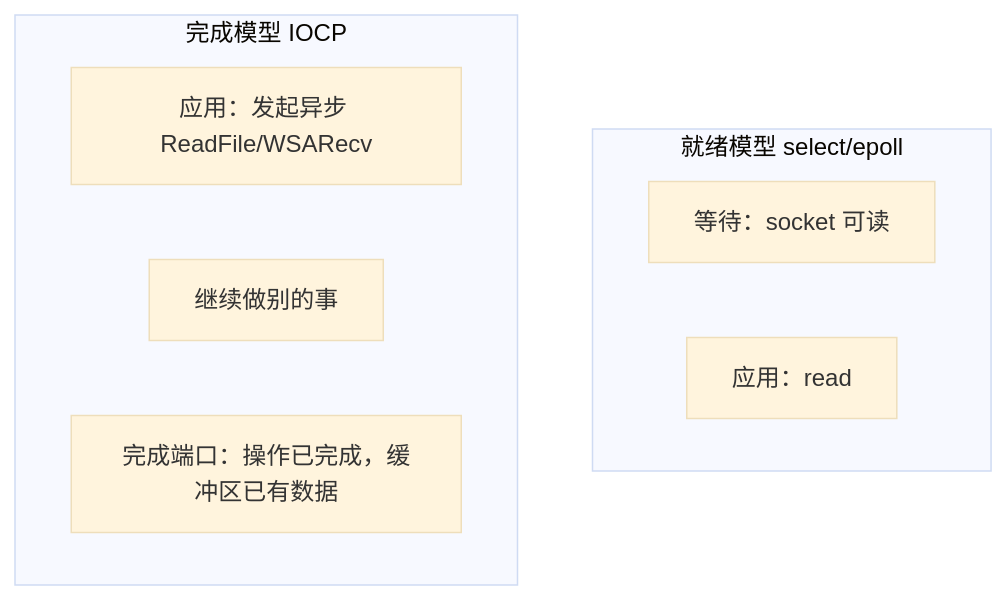
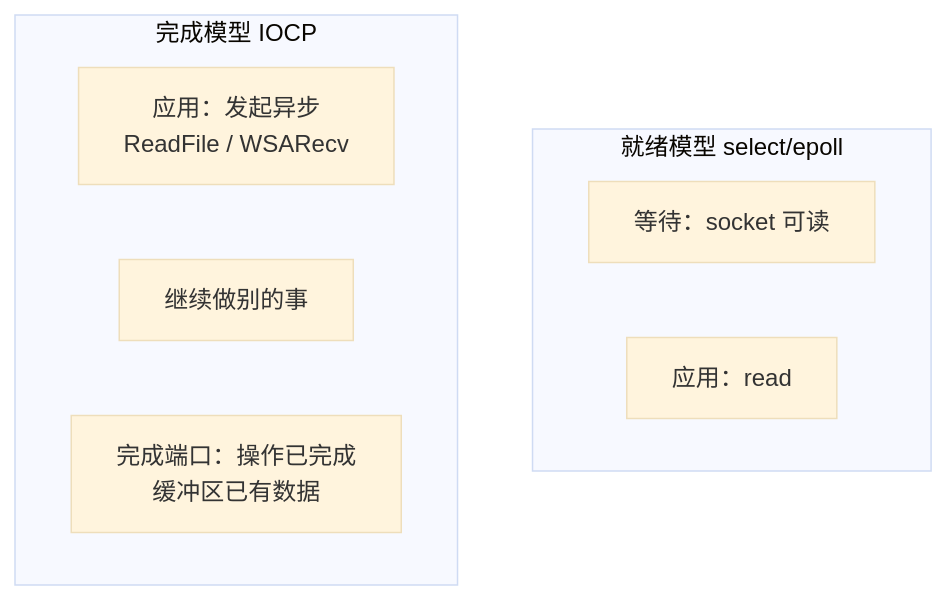
Before and after one commit to Meta11ic0/fluffynotes: the third of 3 diagrams in database/postgres/libpq/io-multiplexing-guide.md, drawn with Mermaid (base theme). The commit also changed other lines of this file, not shown here.

````diff
--- a/database/postgres/libpq/io-multiplexing-guide.md
+++ b/database/postgres/libpq/io-multiplexing-guide.md
@@ -343,13 +743,13 @@
 ```mermaid
 flowchart TB
     subgraph Ready["就绪模型 select/epoll"]
         R1["等待：socket 可读"]
         R2["应用：read"]
     end
 
     subgraph Complete["完成模型 IOCP"]
-        C1["应用：发起异步 ReadFile/WSARecv"]
+        C1["应用：发起异步<br/>ReadFile / WSARecv"]
         C2["继续做别的事"]
-        C3["完成端口：操作已完成，缓冲区已有数据"]
+        C3["完成端口：操作已完成<br/>缓冲区已有数据"]
     end
 ```
````
